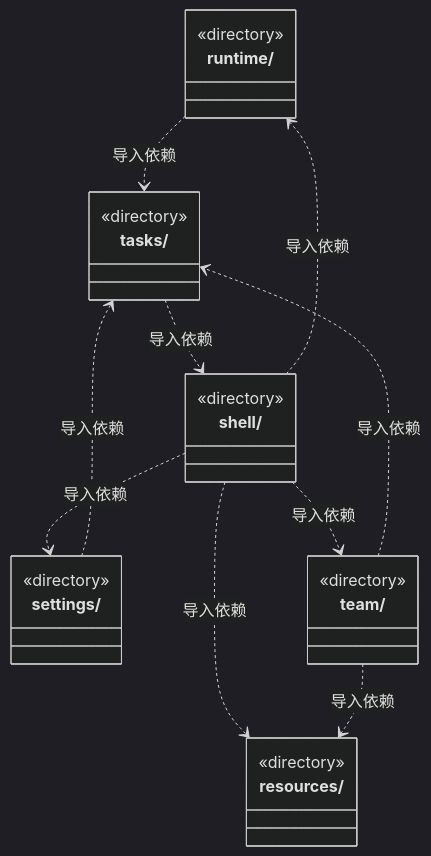
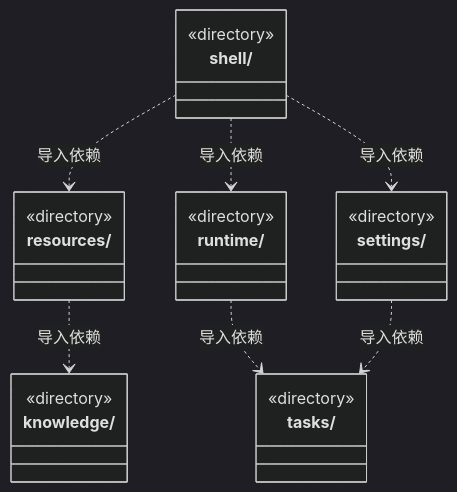
Before and after one commit to nan023062/cbim: the second of 3 diagrams in src/frontend/ARCHITECTURE.md, drawn with Mermaid (dark theme). The commit also changed other lines of this file and 61 other files, not shown here.

````diff
--- a/src/frontend/ARCHITECTURE.md
+++ b/src/frontend/ARCHITECTURE.md
@@ -41,30 +42,27 @@
 ```mermaid
 classDiagram
+class N_src_frontend_knowledge["knowledge/"] {
+  <<directory>>
+}
 class N_src_frontend_resources["resources/"] {
   <<directory>>
 }
 class N_src_frontend_runtime["runtime/"] {
   <<directory>>
 }
 class N_src_frontend_settings["settings/"] {
   <<directory>>
 }
 class N_src_frontend_shell["shell/"] {
   <<directory>>
 }
 class N_src_frontend_tasks["tasks/"] {
   <<directory>>
 }
-class N_src_frontend_team["team/"] {
-  <<directory>>
-}
+N_src_frontend_resources ..> N_src_frontend_knowledge : 导入依赖
 N_src_frontend_runtime ..> N_src_frontend_tasks : 导入依赖
 N_src_frontend_settings ..> N_src_frontend_tasks : 导入依赖
 N_src_frontend_shell ..> N_src_frontend_resources : 导入依赖
 N_src_frontend_shell ..> N_src_frontend_settings : 导入依赖
 N_src_frontend_shell ..> N_src_frontend_runtime : 导入依赖
-N_src_frontend_shell ..> N_src_frontend_team : 导入依赖
-N_src_frontend_tasks ..> N_src_frontend_shell : 导入依赖
-N_src_frontend_team ..> N_src_frontend_tasks : 导入依赖
-N_src_frontend_team ..> N_src_frontend_resources : 导入依赖
 ```
````
